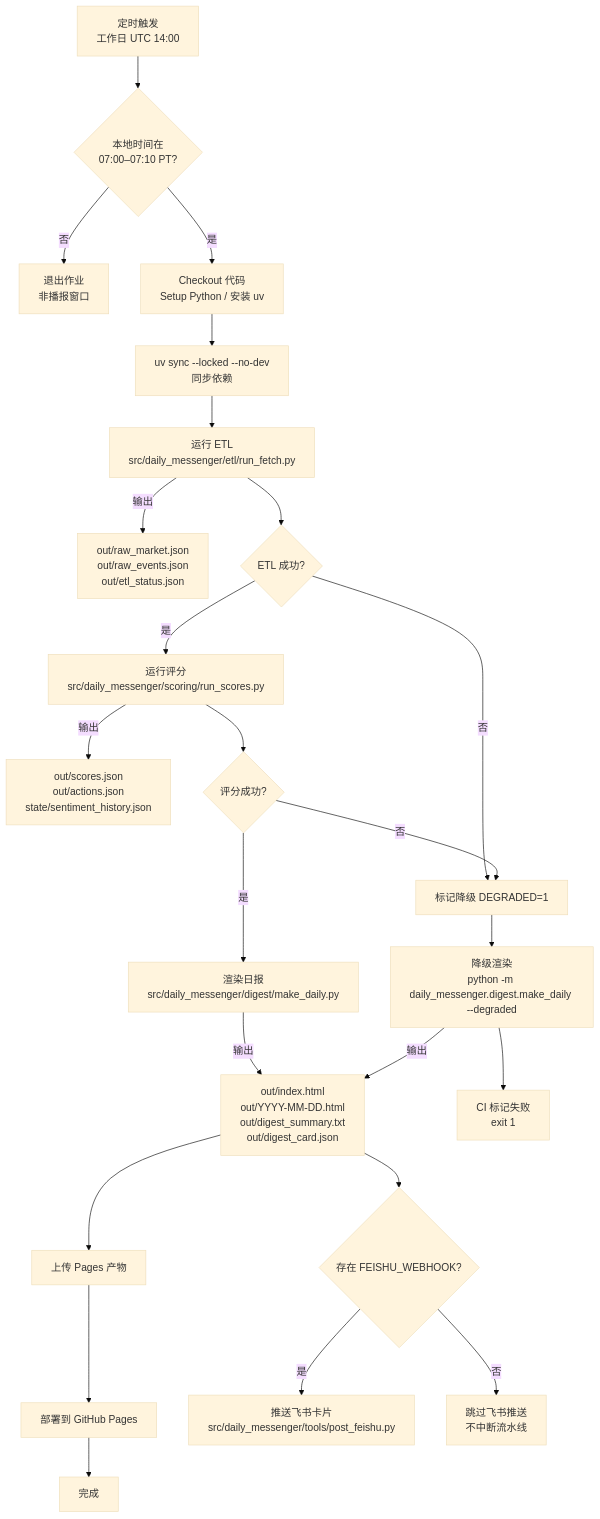
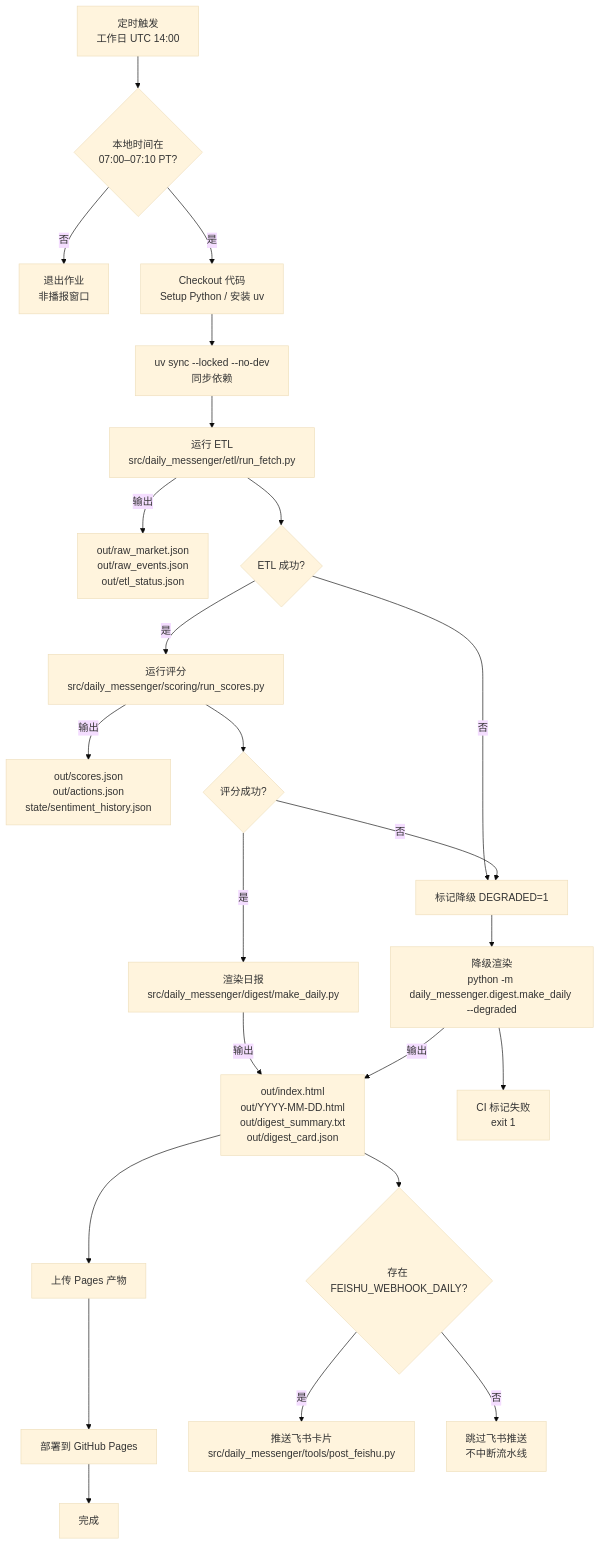
One commit to runchengxie/daily-messenger changed the diagram in README.md. Above: the diagram before and after it, drawn with Mermaid (base theme). The commit also changed other lines of this file and 4 other files, not shown here.

````diff
--- a/README.md
+++ b/README.md
@@ -42,25 +42,25 @@
 ```mermaid
 flowchart TD
     A[定时触发<br/>工作日 UTC 14:00] --> B{本地时间在<br/>07:00–07:10 PT?}
     B -- 否 --> X[退出作业<br/>非播报窗口]
     B -- 是 --> C[Checkout 代码<br/>Setup Python / 安装 uv]
     C --> D[uv sync --locked --no-dev<br/>同步依赖]
     D --> E[运行 ETL<br/>src/daily_messenger/etl/run_fetch.py]
     E -->|输出| Eo[out/raw_market.json<br/>out/raw_events.json<br/>out/etl_status.json]
     E --> F{ETL 成功?}
     F -- 否 --> G[标记降级 DEGRADED=1]
     F -- 是 --> H[运行评分<br/>src/daily_messenger/scoring/run_scores.py]
     H -->|输出| Ho[out/scores.json<br/>out/actions.json<br/>state/sentiment_history.json]
     H --> I{评分成功?}
     I -- 否 --> G
     I -- 是 --> J[渲染日报<br/>src/daily_messenger/digest/make_daily.py]
     G --> Jd[降级渲染<br/>python -m daily_messenger.digest.make_daily --degraded]
     J & Jd -->|输出| Ko[out/index.html<br/>out/YYYY-MM-DD.html<br/>out/digest_summary.txt<br/>out/digest_card.json]
     Ko --> L[上传 Pages 产物]
     L --> M[部署到 GitHub Pages]
-    Ko --> N{存在 FEISHU_WEBHOOK?}
+    Ko --> N{存在 FEISHU_WEBHOOK_DAILY?}
     N -- 是 --> O[推送飞书卡片<br/>src/daily_messenger/tools/post_feishu.py]
     N -- 否 --> P[跳过飞书推送<br/>不中断流水线]
     Jd --> Q[CI 标记失败<br/>exit 1]
     M --> R[完成]
 ```
````
